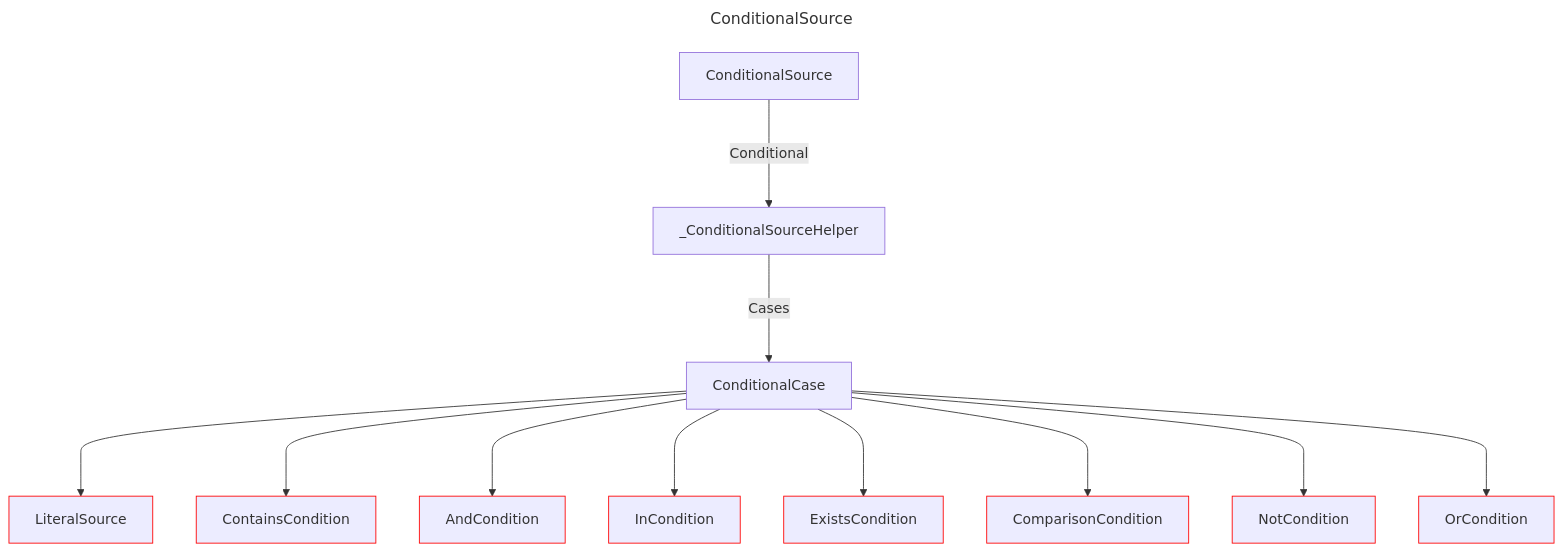
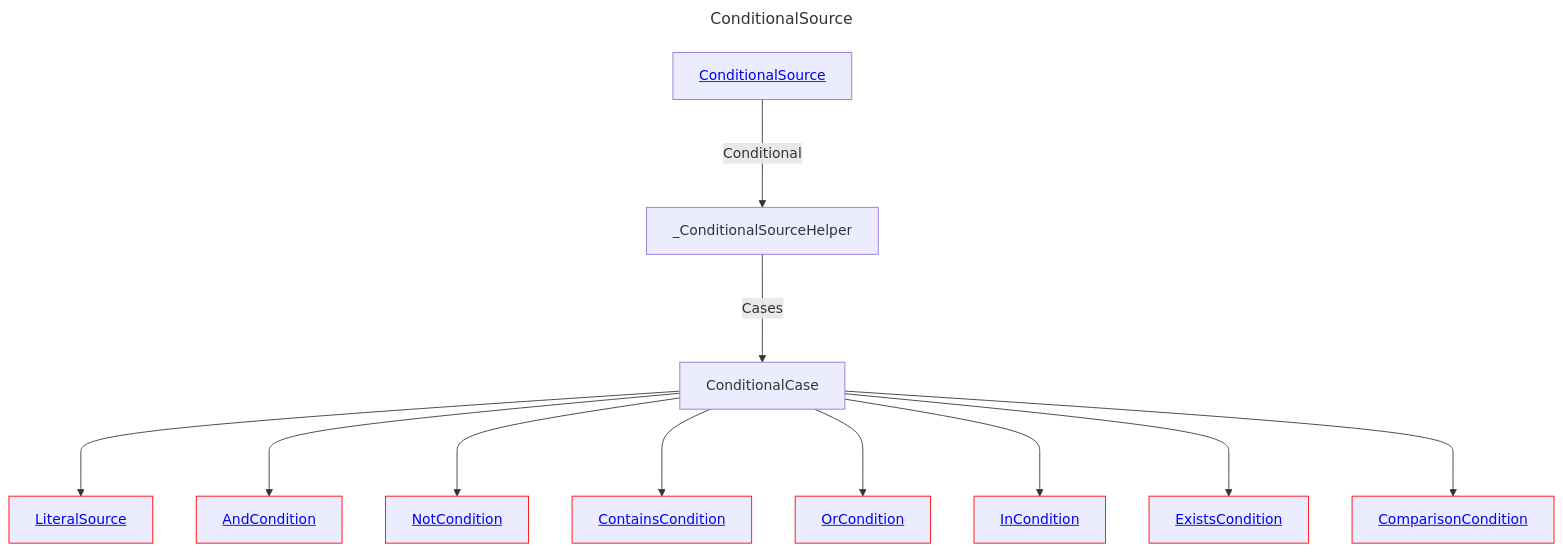
Before and after one commit to douglassimonsen/pbi_core: the diagram in docs/docs/layout/erd/ConditionalSource.md, drawn with Mermaid. The commit also changed 76 other files, not shown here.

````diff
--- a/docs/docs/layout/erd/ConditionalSource.md
+++ b/docs/docs/layout/erd/ConditionalSource.md
@@ -1,35 +1,35 @@
 ```mermaid
 ---
 title: ConditionalSource
 ---
 graph 
-2430071900720["ConditionalCase"]
-2430071874368["ComparisonCondition"]
-style 2430071874368 stroke:#ff0000,stroke-width:1px
-2430071903648["ConditionalSource"]
-2430071846064["ContainsCondition"]
-style 2430071846064 stroke:#ff0000,stroke-width:1px
-2430071879248["OrCondition"]
-style 2430071879248 stroke:#ff0000,stroke-width:1px
-2430071816784["LiteralSource"]
-style 2430071816784 stroke:#ff0000,stroke-width:1px
-2430071880224["NotCondition"]
-style 2430071880224 stroke:#ff0000,stroke-width:1px
-2430071878272["ExistsCondition"]
-style 2430071878272 stroke:#ff0000,stroke-width:1px
-2430071893888["_ConditionalSourceHelper"]
-2430071854848["InCondition"]
-style 2430071854848 stroke:#ff0000,stroke-width:1px
-2430071876320["AndCondition"]
-style 2430071876320 stroke:#ff0000,stroke-width:1px
-2430071900720 ---> 2430071816784
-2430071900720 ---> 2430071846064
-2430071900720 ---> 2430071876320
-2430071900720 ---> 2430071854848
-2430071900720 ---> 2430071878272
-2430071900720 ---> 2430071874368
-2430071900720 ---> 2430071880224
-2430071893888 --->|Cases| 2430071900720
-2430071903648 --->|Conditional| 2430071893888
-2430071900720 ---> 2430071879248
+AndCondition[<a href='/layout/erd/AndCondition'>AndCondition</a>]
+style AndCondition stroke:#ff0000,stroke-width:1px
+ComparisonCondition[<a href='/layout/erd/ComparisonCondition'>ComparisonCondition</a>]
+style ComparisonCondition stroke:#ff0000,stroke-width:1px
+ConditionalCase[ConditionalCase]
+ConditionalSource[<a href='/layout/erd/ConditionalSource'>ConditionalSource</a>]
+ContainsCondition[<a href='/layout/erd/ContainsCondition'>ContainsCondition</a>]
+style ContainsCondition stroke:#ff0000,stroke-width:1px
+ExistsCondition[<a href='/layout/erd/ExistsCondition'>ExistsCondition</a>]
+style ExistsCondition stroke:#ff0000,stroke-width:1px
+InCondition[<a href='/layout/erd/InCondition'>InCondition</a>]
+style InCondition stroke:#ff0000,stroke-width:1px
+LiteralSource[<a href='/layout/erd/LiteralSource'>LiteralSource</a>]
+style LiteralSource stroke:#ff0000,stroke-width:1px
+NotCondition[<a href='/layout/erd/NotCondition'>NotCondition</a>]
+style NotCondition stroke:#ff0000,stroke-width:1px
+OrCondition[<a href='/layout/erd/OrCondition'>OrCondition</a>]
+style OrCondition stroke:#ff0000,stroke-width:1px
+_ConditionalSourceHelper[_ConditionalSourceHelper]
+ConditionalCase ---> LiteralSource
+ConditionalCase ---> AndCondition
+ConditionalSource --->|Conditional| _ConditionalSourceHelper
+ConditionalCase ---> NotCondition
+ConditionalCase ---> ContainsCondition
+ConditionalCase ---> OrCondition
+ConditionalCase ---> InCondition
+_ConditionalSourceHelper --->|Cases| ConditionalCase
+ConditionalCase ---> ExistsCondition
+ConditionalCase ---> ComparisonCondition
 ```
````
